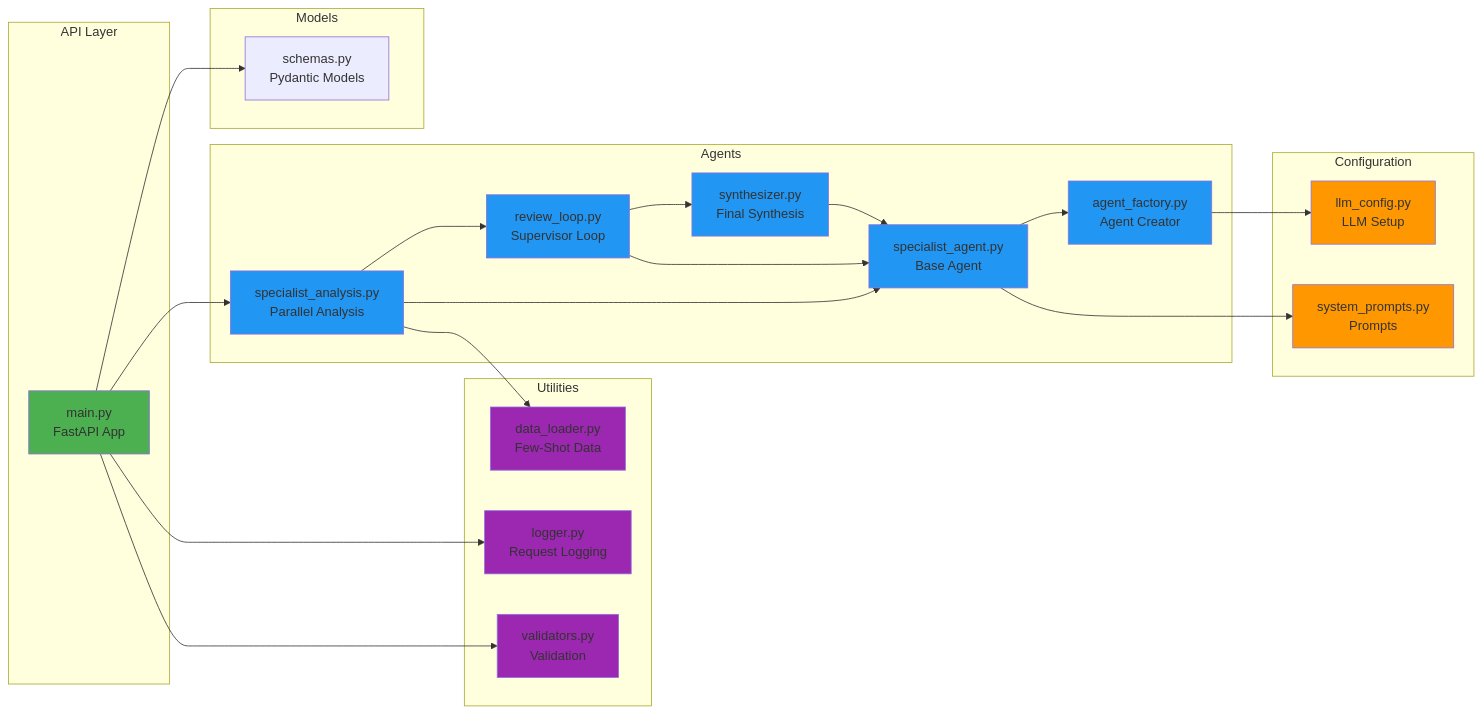
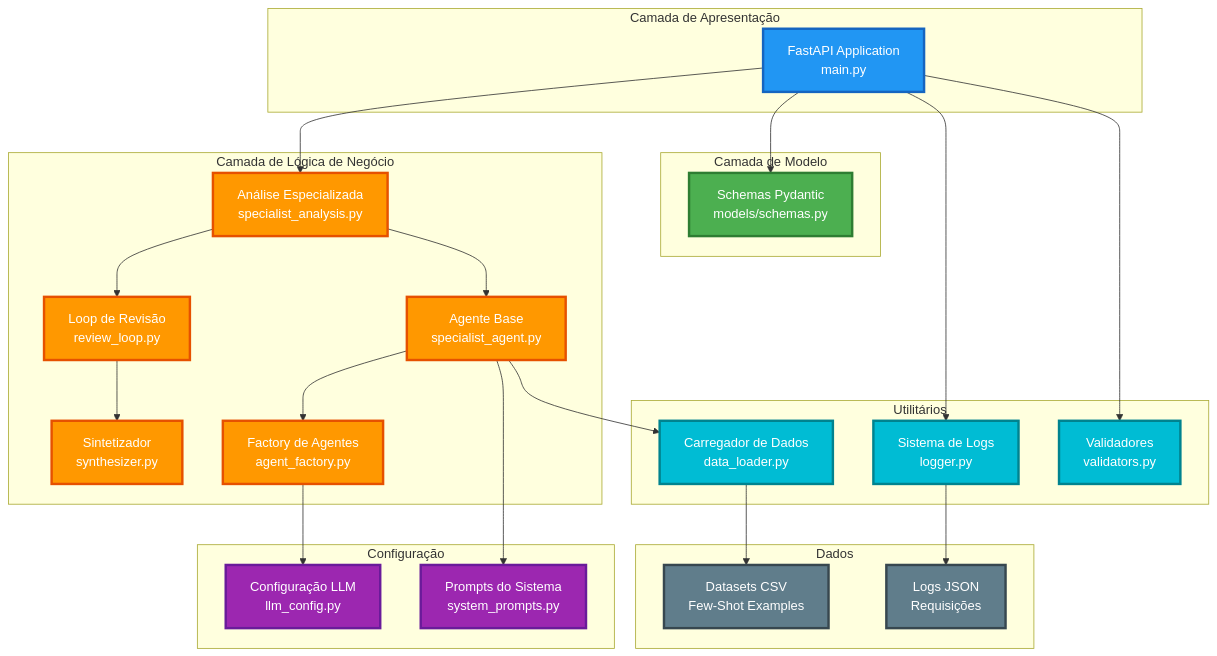
Before and after one commit to cairocruz/hubAgentsV2: the second of 8 diagrams in README.md, drawn with Mermaid. The commit also changed other lines of this file, not shown here.

````diff
--- a/README.md
+++ b/README.md
@@ -107,53 +150,65 @@
 ```mermaid
-graph LR
-    subgraph "API Layer"
-        A[main.py<br/>FastAPI App]
+graph TB
+    subgraph PRESENTATION["Camada de Apresentação"]
+        API[FastAPI Application<br/>main.py]
     end
     
-    subgraph "Models"
-        B1[schemas.py<br/>Pydantic Models]
+    subgraph MODEL["Camada de Modelo"]
+        SCHEMAS[Schemas Pydantic<br/>models/schemas.py]
     end
     
-    subgraph "Agents"
-        C1[specialist_agent.py<br/>Base Agent]
-        C2[specialist_analysis.py<br/>Parallel Analysis]
-        C3[review_loop.py<br/>Supervisor Loop]
-        C4[synthesizer.py<br/>Final Synthesis]
-        C5[agent_factory.py<br/>Agent Creator]
+    subgraph BUSINESS["Camada de Lógica de Negócio"]
+        SA[Análise Especializada<br/>specialist_analysis.py]
+        RL[Loop de Revisão<br/>review_loop.py]
+        SY[Sintetizador<br/>synthesizer.py]
+        BA[Agente Base<br/>specialist_agent.py]
+        AF[Factory de Agentes<br/>agent_factory.py]
     end
     
-    subgraph "Configuration"
-        D1[llm_config.py<br/>LLM Setup]
-        D2[system_prompts.py<br/>Prompts]
+    subgraph CONFIG["Configuração"]
+        LLM[Configuração LLM<br/>llm_config.py]
+        PROMPTS[Prompts do Sistema<br/>system_prompts.py]
     end
     
-    subgraph "Utilities"
-        E1[data_loader.py<br/>Few-Shot Data]
-        E2[logger.py<br/>Request Logging]
-        E3[validators.py<br/>Validation]
+    subgraph UTILS["Utilitários"]
+        DL[Carregador de Dados<br/>data_loader.py]
+        LOG[Sistema de Logs<br/>logger.py]
+        VAL[Validadores<br/>validators.py]
     end
     
-    A --> B1
-    A --> C2
-    C2 --> C3
-    C3 --> C4
-    C2 & C3 & C4 --> C1
-    C1 --> C5
-    C5 --> D1
-    C1 --> D2
-    C2 --> E1
-    A --> E2
-    A --> E3
+    subgraph DATA["Dados"]
+        CSV[Datasets CSV<br/>Few-Shot Examples]
+        LOGS[Logs JSON<br/>Requisições]
+    end
     
-    style A fill:#4CAF50
-    style C1 fill:#2196F3
-    style C2 fill:#2196F3
-    style C3 fill:#2196F3
-    style C4 fill:#2196F3
-    style C5 fill:#2196F3
-    style D1 fill:#FF9800
-    style D2 fill:#FF9800
-    style E1 fill:#9C27B0
-    style E2 fill:#9C27B0
-    style E3 fill:#9C27B0
+    API --> SCHEMAS
+    API --> SA
+    API --> LOG
+    API --> VAL
+    
+    SA --> BA
+    SA --> RL
+    RL --> SY
+    
+    BA --> AF
+    AF --> LLM
+    BA --> PROMPTS
+    BA --> DL
+    
+    DL --> CSV
+    LOG --> LOGS
+    
+    classDef presentationStyle fill:#2196F3,stroke:#1565C0,stroke-width:3px,color:#fff
+    classDef modelStyle fill:#4CAF50,stroke:#2E7D32,stroke-width:3px,color:#fff
+    classDef businessStyle fill:#FF9800,stroke:#E65100,stroke-width:3px,color:#fff
+    classDef configStyle fill:#9C27B0,stroke:#6A1B9A,stroke-width:3px,color:#fff
+    classDef utilsStyle fill:#00BCD4,stroke:#00838F,stroke-width:3px,color:#fff
+    classDef dataStyle fill:#607D8B,stroke:#37474F,stroke-width:3px,color:#fff
+    
+    class API presentationStyle
+    class SCHEMAS modelStyle
+    class SA,RL,SY,BA,AF businessStyle
+    class LLM,PROMPTS configStyle
+    class DL,LOG,VAL utilsStyle
+    class CSV,LOGS dataStyle
 ```
````
